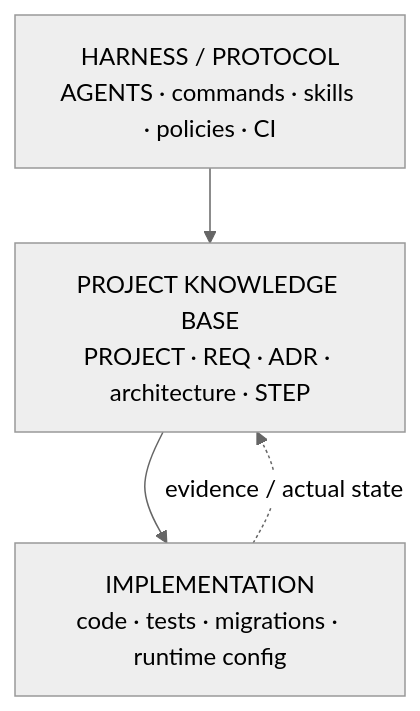
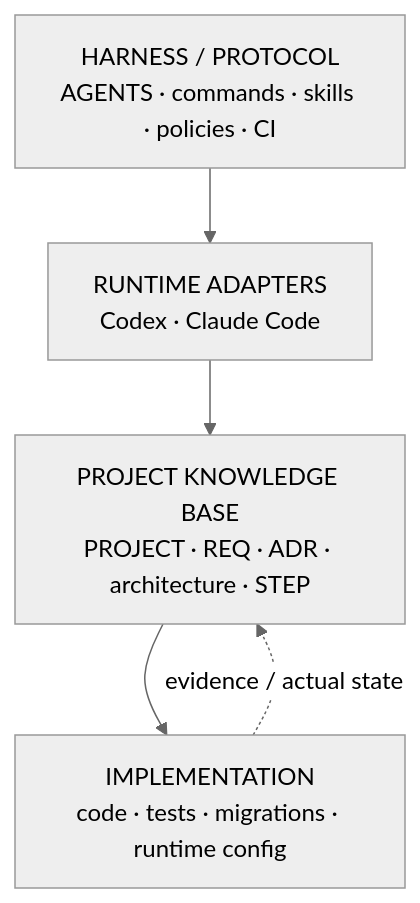
The second of 3 diagrams in profile/README.md (ai-development-harness/.github), drawn with Mermaid (neutral theme) before and after one commit. The commit also changed other lines of this file, not shown here.

````diff
--- a/profile/README.md
+++ b/profile/README.md
@@ -76,10 +76,12 @@
 ```mermaid
 flowchart TB
     H["HARNESS / PROTOCOL<br/>AGENTS · commands · skills · policies · CI"]
+    R["RUNTIME ADAPTERS<br/>Codex · Claude Code"]
     K["PROJECT KNOWLEDGE BASE<br/>PROJECT · REQ · ADR · architecture · STEP"]
     I["IMPLEMENTATION<br/>code · tests · migrations · runtime config"]
 
-    H --> K
+    H --> R
+    R --> K
     K --> I
     I -. "evidence / actual state" .-> K
 ```
````
